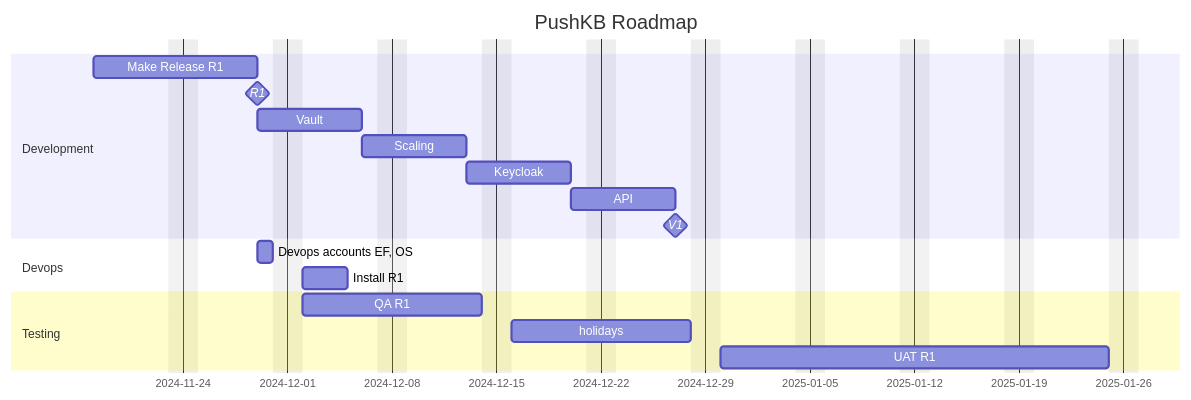
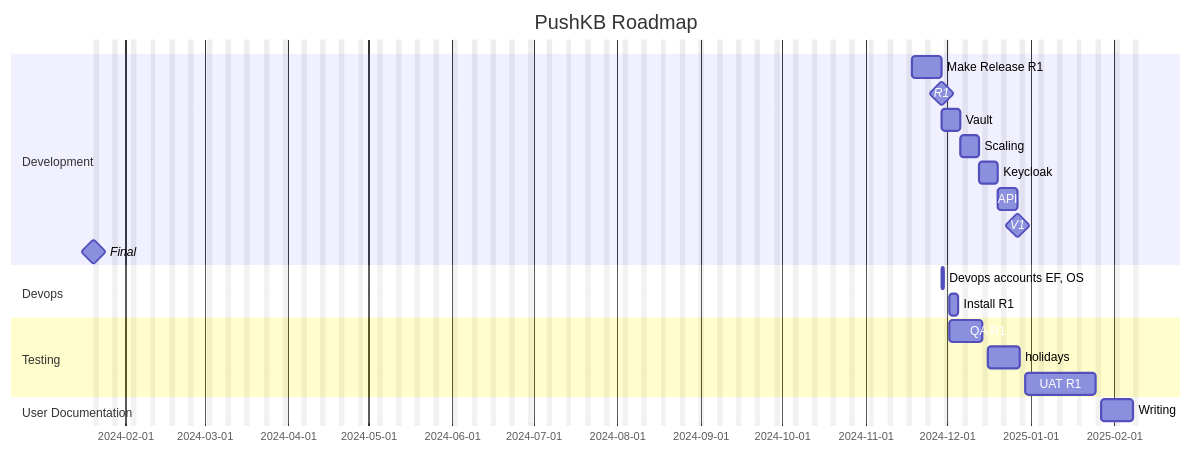
The diagram in docs/roadmap.md (julianladisch/pushkb), drawn with Mermaid before and after one commit.

Commit message:
chore: updated roadmap

````diff
--- a/docs/roadmap.md
+++ b/docs/roadmap.md
@@ -3,25 +3,29 @@
 ```mermaid
 gantt
     title PushKB Roadmap
     dateFormat  YYYY-MM-DD
     excludes    weekends
 
     section Development
     Make Release R1                  :t3-0, 2024-11-18, 9d
     R1                               :milestone, after t3-0, 0d
     Vault                            :t3-1, after t3-0, 5d
     Scaling                          :t3-2, after t3-1, 5d
     Keycloak                         :t3-3, after t3-2, 5d
     API                              :t3-4, after t3-3, 5d
 		V1                               :milestone, after t3-4, 0d
+		Final                            :milestone, 2024-01-20, 0d
 
     section Devops
     Devops accounts EF, OS           :t4-1, after t3-0, 1d
     Install R1                       :t4-2, after t4-1, 3d
 
     section Testing
     QA R1                            :t5-1, after t4-1, 10d
     holidays                         :t5-2, after t5-1, 10d
     UAT R1                           :t5-3, after t5-2, 20d
 
+    section User Documentation
+    Writing                          :t6-1, after t5-3, 10d
+
 ```
````
